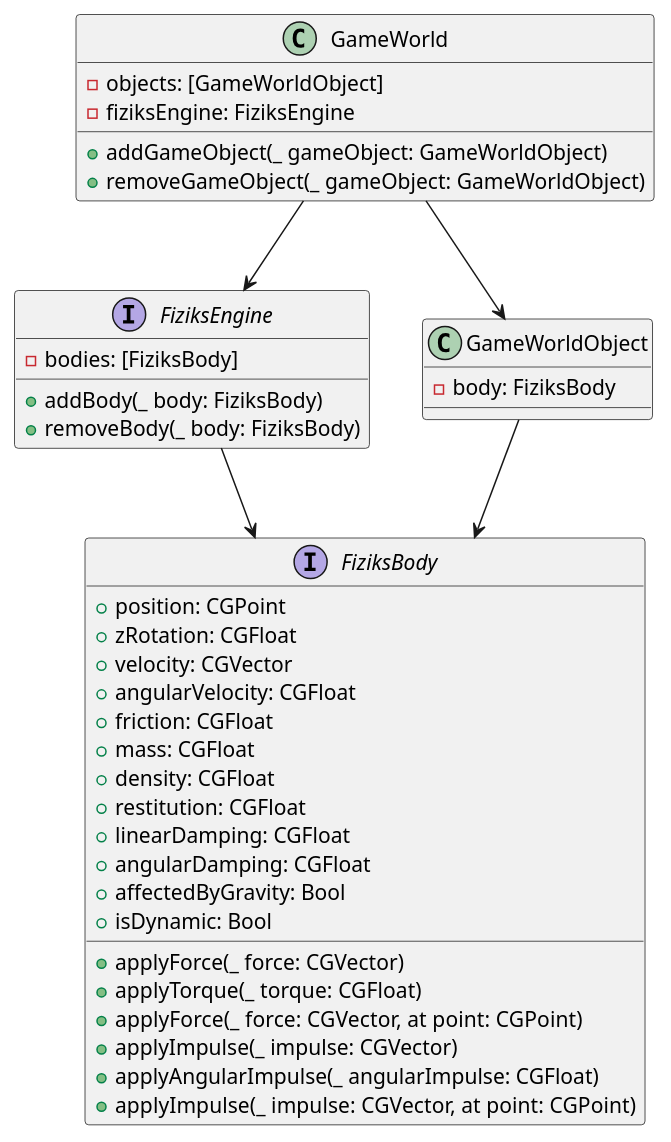
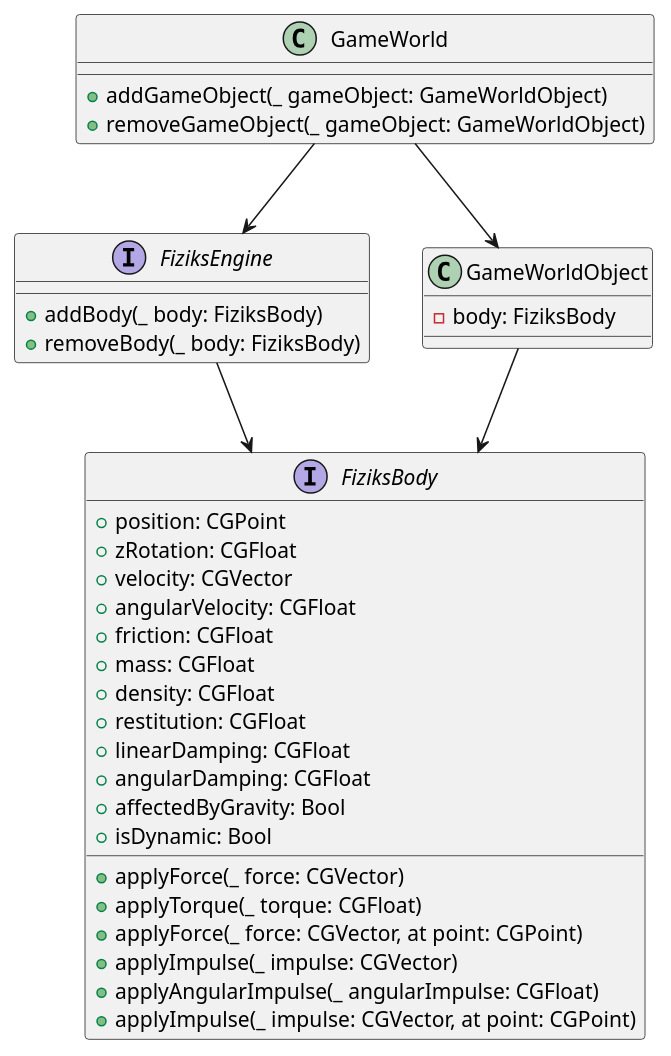
The diagram in Docs/Diagrams/Physics/fiziks-body-opt-2.puml (tumbling-towers/TumblingTowersGame), drawn with PlantUML before and after one commit. The commit also changed 21 other files, not shown here.

Commit message:
update diagrams and fix small swiftlint errors

```diff
--- a/Docs/Diagrams/Physics/fiziks-body-opt-2.puml
+++ b/Docs/Diagrams/Physics/fiziks-body-opt-2.puml
@@ -1,44 +1,41 @@
 @startuml
 interface FiziksBody {
   + position: CGPoint
   + zRotation: CGFloat
   + velocity: CGVector
   + angularVelocity: CGFloat
   + friction: CGFloat
   + mass: CGFloat
   + density: CGFloat
   + restitution: CGFloat
   + linearDamping: CGFloat
   + angularDamping: CGFloat
   + affectedByGravity: Bool
   + isDynamic: Bool
   + applyForce(_ force: CGVector)
   + applyTorque(_ torque: CGFloat)
   + applyForce(_ force: CGVector, at point: CGPoint)
   + applyImpulse(_ impulse: CGVector)
   + applyAngularImpulse(_ angularImpulse: CGFloat)
   + applyImpulse(_ impulse: CGVector, at point: CGPoint)
 }
 
 interface FiziksEngine {
-  - bodies: [FiziksBody]
   + addBody(_ body: FiziksBody)
   + removeBody(_ body: FiziksBody)
 }
 
 class GameWorldObject {
   - body: FiziksBody
 }
 
 class GameWorld {
-  - objects: [GameWorldObject]
-  - fiziksEngine: FiziksEngine
   + addGameObject(_ gameObject: GameWorldObject)
   + removeGameObject(_ gameObject: GameWorldObject)
 }
 
 GameWorld --> FiziksEngine
 FiziksEngine --> FiziksBody
 GameWorldObject --> FiziksBody
 GameWorld --> GameWorldObject
 @enduml
```
